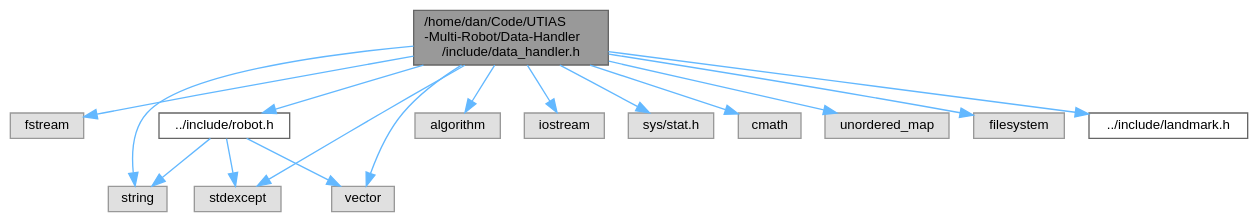
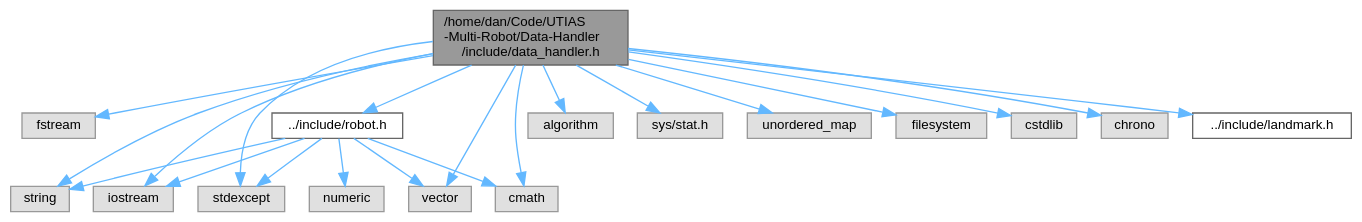
One commit to DanielIngham/Cooperative-Positioning-Data-Handler changed the diagram in docs/data__handler_8h__incl.dot. Above: the diagram before and after it, drawn with Graphviz. The commit also changed 55 other files, not shown here.

```diff
--- a/docs/data__handler_8h__incl.dot
+++ b/docs/data__handler_8h__incl.dot
@@ -1,35 +1,43 @@
 digraph "/home/dan/Code/UTIAS-Multi-Robot/Data-Handler/include/data_handler.h"
 {
  // LATEX_PDF_SIZE
   bgcolor="transparent";
   edge [fontname=Helvetica,fontsize=10,labelfontname=Helvetica,labelfontsize=10];
   node [fontname=Helvetica,fontsize=10,shape=box,height=0.2,width=0.4];
   Node1 [id="Node000001",label="/home/dan/Code/UTIAS\l-Multi-Robot/Data-Handler\l/include/data_handler.h",height=0.2,width=0.4,color="gray40", fillcolor="grey60", style="filled", fontcolor="black",tooltip=" "];
   Node1 -> Node2 [id="edge1_Node000001_Node000002",color="steelblue1",style="solid",tooltip=" "];
   Node2 [id="Node000002",label="fstream",height=0.2,width=0.4,color="grey60", fillcolor="#E0E0E0", style="filled",tooltip=" "];
   Node1 -> Node3 [id="edge2_Node000001_Node000003",color="steelblue1",style="solid",tooltip=" "];
   Node3 [id="Node000003",label="string",height=0.2,width=0.4,color="grey60", fillcolor="#E0E0E0", style="filled",tooltip=" "];
   Node1 -> Node4 [id="edge3_Node000001_Node000004",color="steelblue1",style="solid",tooltip=" "];
   Node4 [id="Node000004",label="algorithm",height=0.2,width=0.4,color="grey60", fillcolor="#E0E0E0", style="filled",tooltip=" "];
   Node1 -> Node5 [id="edge4_Node000001_Node000005",color="steelblue1",style="solid",tooltip=" "];
   Node5 [id="Node000005",label="iostream",height=0.2,width=0.4,color="grey60", fillcolor="#E0E0E0", style="filled",tooltip=" "];
   Node1 -> Node6 [id="edge5_Node000001_Node000006",color="steelblue1",style="solid",tooltip=" "];
   Node6 [id="Node000006",label="stdexcept",height=0.2,width=0.4,color="grey60", fillcolor="#E0E0E0", style="filled",tooltip=" "];
   Node1 -> Node7 [id="edge6_Node000001_Node000007",color="steelblue1",style="solid",tooltip=" "];
   Node7 [id="Node000007",label="sys/stat.h",height=0.2,width=0.4,color="grey60", fillcolor="#E0E0E0", style="filled",tooltip=" "];
   Node1 -> Node8 [id="edge7_Node000001_Node000008",color="steelblue1",style="solid",tooltip=" "];
   Node8 [id="Node000008",label="vector",height=0.2,width=0.4,color="grey60", fillcolor="#E0E0E0", style="filled",tooltip=" "];
   Node1 -> Node9 [id="edge8_Node000001_Node000009",color="steelblue1",style="solid",tooltip=" "];
   Node9 [id="Node000009",label="cmath",height=0.2,width=0.4,color="grey60", fillcolor="#E0E0E0", style="filled",tooltip=" "];
   Node1 -> Node10 [id="edge9_Node000001_Node000010",color="steelblue1",style="solid",tooltip=" "];
   Node10 [id="Node000010",label="unordered_map",height=0.2,width=0.4,color="grey60", fillcolor="#E0E0E0", style="filled",tooltip=" "];
   Node1 -> Node11 [id="edge10_Node000001_Node000011",color="steelblue1",style="solid",tooltip=" "];
   Node11 [id="Node000011",label="filesystem",height=0.2,width=0.4,color="grey60", fillcolor="#E0E0E0", style="filled",tooltip=" "];
   Node1 -> Node12 [id="edge11_Node000001_Node000012",color="steelblue1",style="solid",tooltip=" "];
-  Node12 [id="Node000012",label="../include/robot.h",height=0.2,width=0.4,color="grey40", fillcolor="white", style="filled",URL="$robot_8h.html",tooltip="Header file of the Robot class."];
-  Node12 -> Node8 [id="edge12_Node000012_Node000008",color="steelblue1",style="solid",tooltip=" "];
-  Node12 -> Node6 [id="edge13_Node000012_Node000006",color="steelblue1",style="solid",tooltip=" "];
-  Node12 -> Node3 [id="edge14_Node000012_Node000003",color="steelblue1",style="solid",tooltip=" "];
-  Node1 -> Node13 [id="edge15_Node000001_Node000013",color="steelblue1",style="solid",tooltip=" "];
-  Node13 [id="Node000013",label="../include/landmark.h",height=0.2,width=0.4,color="grey40", fillcolor="white", style="filled",URL="$landmark_8h.html",tooltip="Header file of the Landmark struct."];
+  Node12 [id="Node000012",label="cstdlib",height=0.2,width=0.4,color="grey60", fillcolor="#E0E0E0", style="filled",tooltip=" "];
+  Node1 -> Node13 [id="edge12_Node000001_Node000013",color="steelblue1",style="solid",tooltip=" "];
+  Node13 [id="Node000013",label="chrono",height=0.2,width=0.4,color="grey60", fillcolor="#E0E0E0", style="filled",tooltip=" "];
+  Node1 -> Node14 [id="edge13_Node000001_Node000014",color="steelblue1",style="solid",tooltip=" "];
+  Node14 [id="Node000014",label="../include/robot.h",height=0.2,width=0.4,color="grey40", fillcolor="white", style="filled",URL="$robot_8h.html",tooltip="Header file of the Robot class."];
+  Node14 -> Node8 [id="edge14_Node000014_Node000008",color="steelblue1",style="solid",tooltip=" "];
+  Node14 -> Node6 [id="edge15_Node000014_Node000006",color="steelblue1",style="solid",tooltip=" "];
+  Node14 -> Node3 [id="edge16_Node000014_Node000003",color="steelblue1",style="solid",tooltip=" "];
+  Node14 -> Node5 [id="edge17_Node000014_Node000005",color="steelblue1",style="solid",tooltip=" "];
+  Node14 -> Node15 [id="edge18_Node000014_Node000015",color="steelblue1",style="solid",tooltip=" "];
+  Node15 [id="Node000015",label="numeric",height=0.2,width=0.4,color="grey60", fillcolor="#E0E0E0", style="filled",tooltip=" "];
+  Node14 -> Node9 [id="edge19_Node000014_Node000009",color="steelblue1",style="solid",tooltip=" "];
+  Node1 -> Node16 [id="edge20_Node000001_Node000016",color="steelblue1",style="solid",tooltip=" "];
+  Node16 [id="Node000016",label="../include/landmark.h",height=0.2,width=0.4,color="grey40", fillcolor="white", style="filled",URL="$landmark_8h.html",tooltip="Header file of the Landmark struct."];
 }
```
